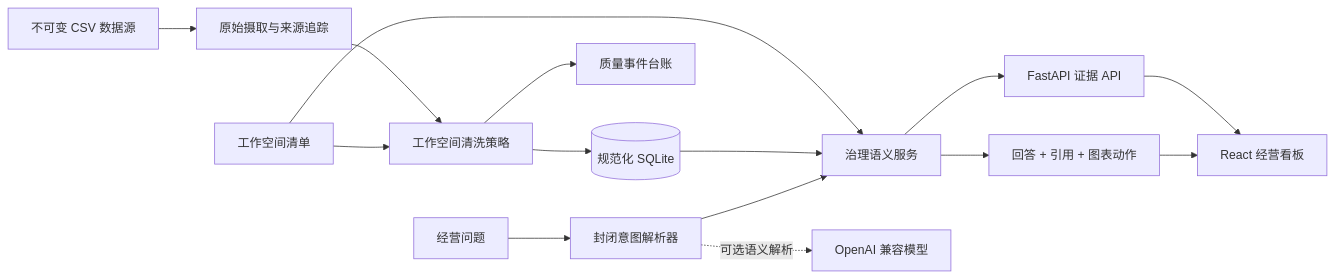
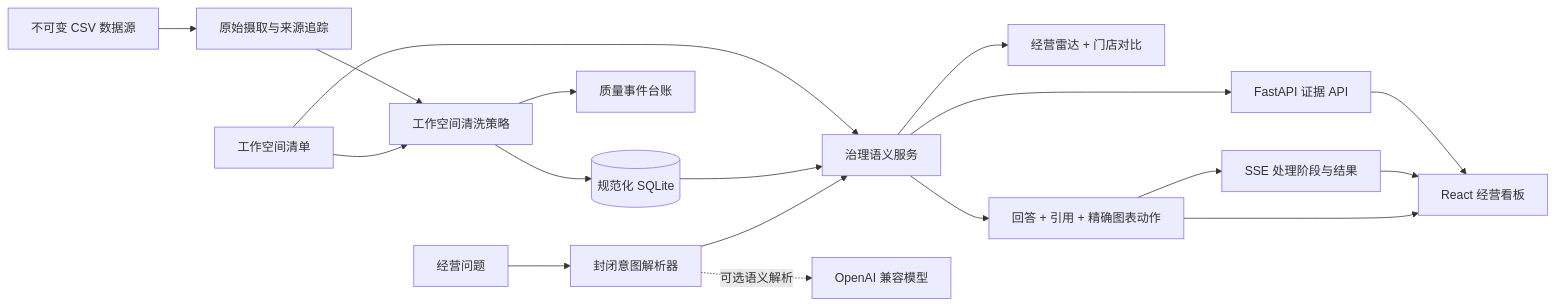
Before and after one commit to 718232157/proofline-analytics: the diagram in README.md, drawn with Mermaid. The commit also changed other lines of this file and 26 other files, not shown here.

````diff
--- a/README.md
+++ b/README.md
@@ -36,17 +41,20 @@
 ```mermaid
 flowchart LR
     CSV[不可变 CSV 数据源] --> Raw[原始摄取与来源追踪]
     Raw --> Policy[工作空间清洗策略]
     Policy --> Canonical[(规范化 SQLite)]
     Policy --> Ledger[质量事件台账]
     Manifest[工作空间清单] --> Policy
     Manifest --> Semantic[治理语义服务]
     Canonical --> Semantic
     Semantic --> API[FastAPI 证据 API]
     API --> Dashboard[React 经营看板]
     Question[经营问题] --> Resolver[封闭意图解析器]
     Resolver -. 可选语义解析 .-> LLM[OpenAI 兼容模型]
     Resolver --> Semantic
-    Semantic --> Answer[回答 + 引用 + 图表动作]
+    Semantic --> Radar[经营雷达 + 门店对比]
+    Semantic --> Answer[回答 + 引用 + 精确图表动作]
+    Answer --> Stream[SSE 处理阶段与结果]
+    Stream --> Dashboard
     Answer --> Dashboard
 ```
````
